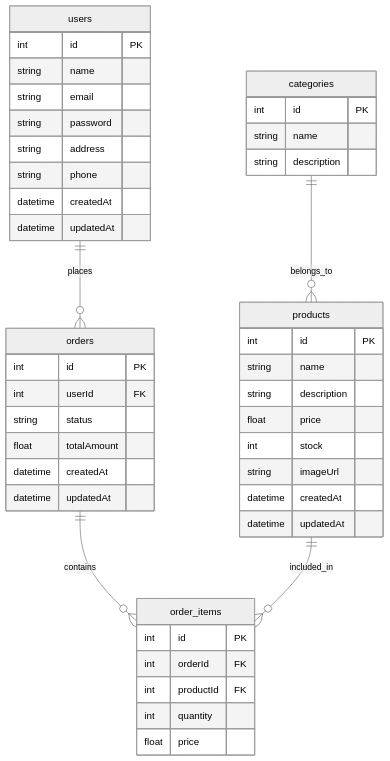
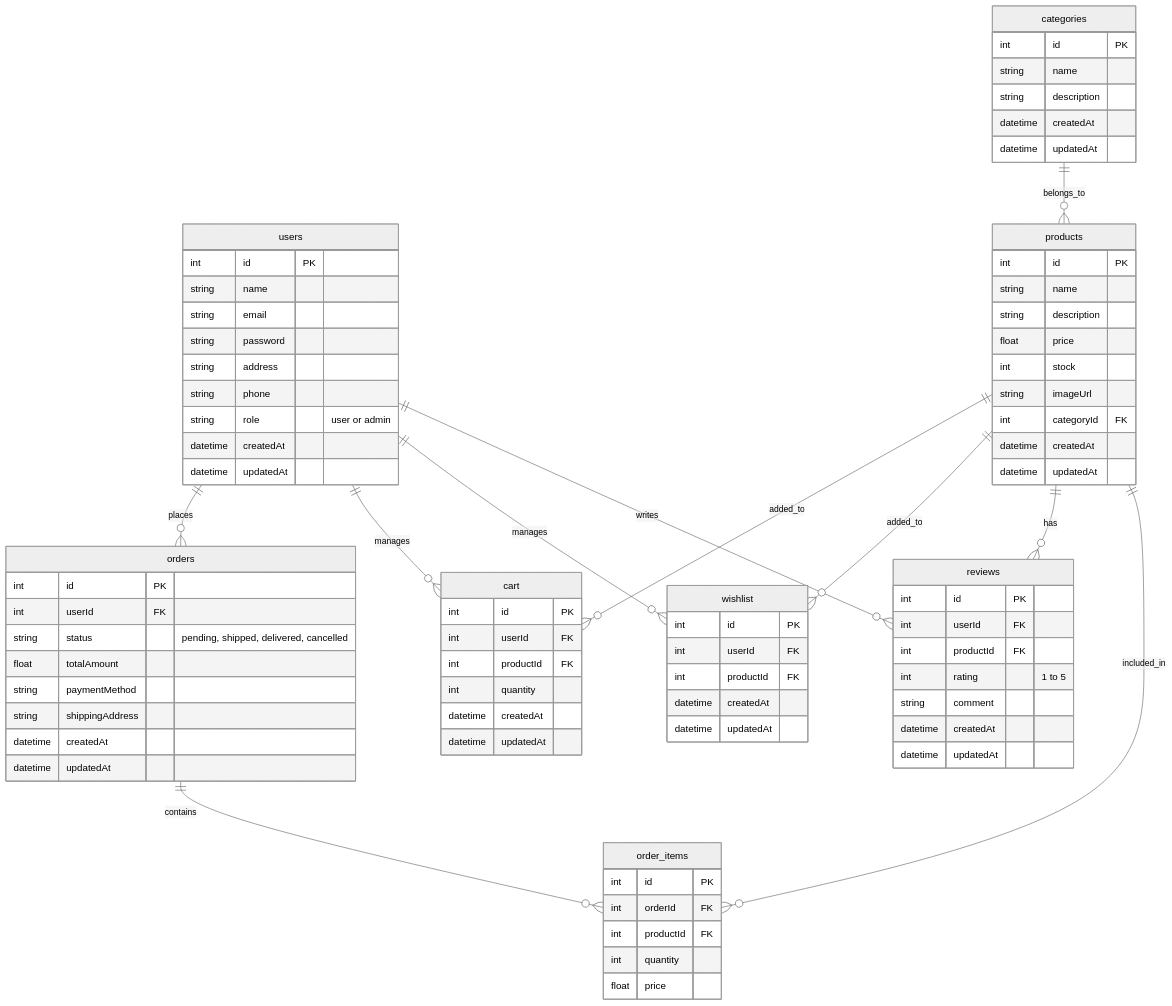
Before and after one commit to Ssaava/e-shop-api: the diagram in database-schema.mermaid, drawn with Mermaid (neutral theme). The commit also changed 2 other files, not shown here.

Commit message:
improved database schema

```diff
--- a/database-schema.mermaid
+++ b/database-schema.mermaid
@@ -1,49 +1,89 @@
 erDiagram
-    users ||--o{ orders : places
+    users ||--o{ orders : "places"
+    users ||--o{ cart : "manages"
+    users ||--o{ wishlist : "manages"
+    users ||--o{ reviews : "writes"
+    products ||--o{ cart : "added_to"
+    products ||--o{ wishlist : "added_to"
+    products ||--o{ reviews : "has"
+    products ||--o{ order_items : "included_in"
+    categories ||--o{ products : "belongs_to"
+    orders ||--o{ order_items : "contains"
+
     users {
         int id PK
         string name
         string email
         string password
         string address
         string phone
+        string role "user or admin"
         datetime createdAt
         datetime updatedAt
     }
 
-    orders ||--o{ order_items : contains
+    products {
+        int id PK
+        string name
+        string description
+        float price
+        int stock
+        string imageUrl
+        int categoryId FK
+        datetime createdAt
+        datetime updatedAt
+    }
+
+    cart {
+        int id PK
+        int userId FK
+        int productId FK
+        int quantity
+        datetime createdAt
+        datetime updatedAt
+    }
+
     orders {
         int id PK
         int userId FK
-        string status
+        string status "pending, shipped, delivered, cancelled"
         float totalAmount
+        string paymentMethod
+        string shippingAddress
         datetime createdAt
         datetime updatedAt
     }
 
     order_items {
         int id PK
         int orderId FK
         int productId FK
         int quantity
         float price
     }
 
-    products ||--o{ order_items : included_in
-    products {
+    categories {
         int id PK
         string name
         string description
-        float price
-        int stock
-        string imageUrl
         datetime createdAt
         datetime updatedAt
     }
 
-    categories ||--o{ products : belongs_to
-    categories {
+    wishlist {
         int id PK
-        string name
-        string description
+        int userId FK
+        int productId FK
+        datetime createdAt
+        datetime updatedAt
     }
+
+    reviews {
+        int id PK
+        int userId FK
+        int productId FK
+        int rating "1 to 5"
+        string comment
+        datetime createdAt
+        datetime updatedAt
+    }
```
